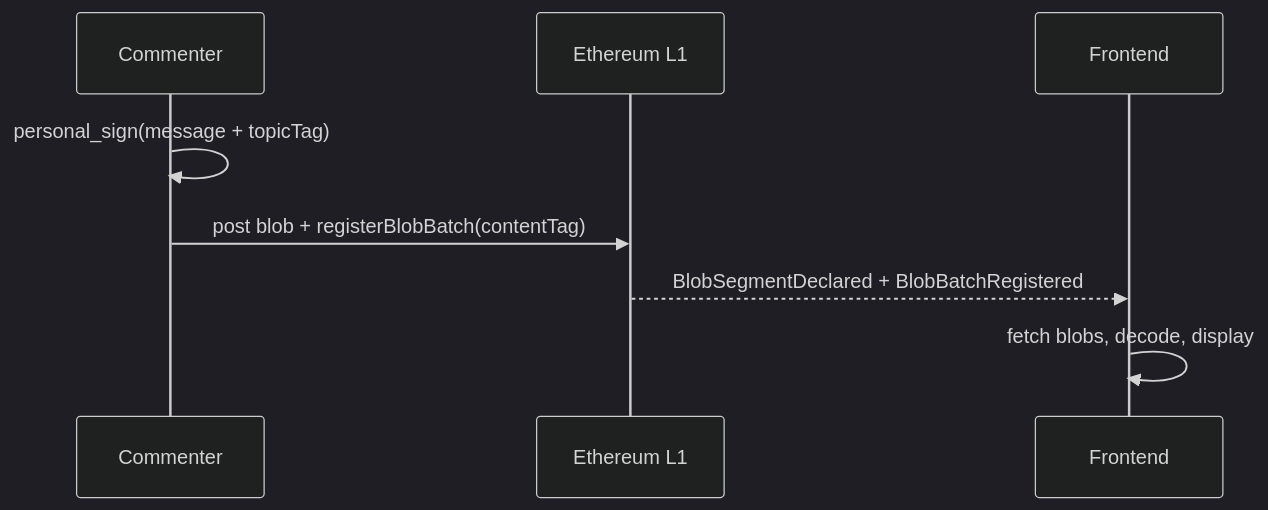
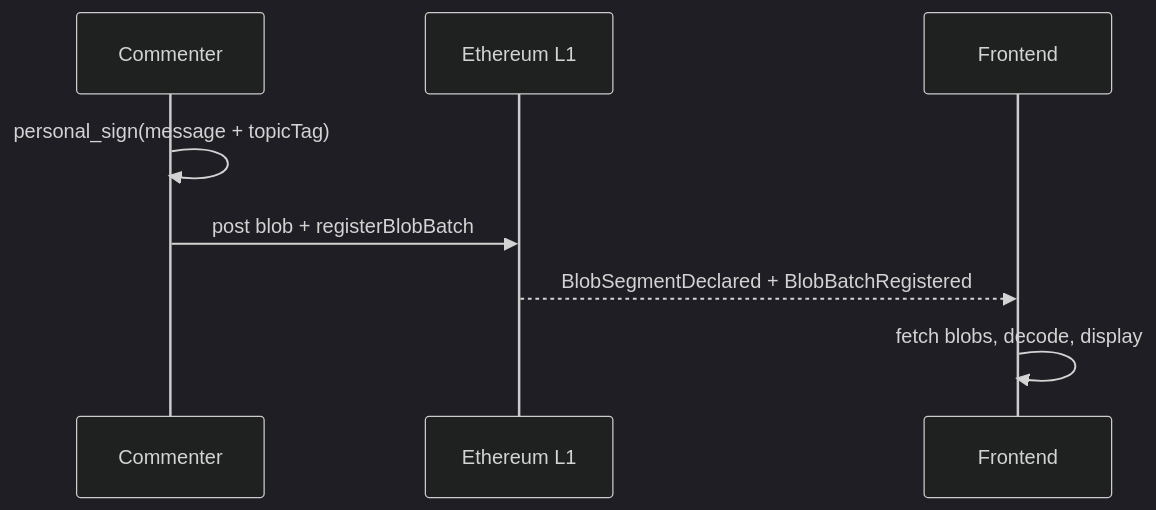
One commit to defi-wonderland/bam changed the third of 3 diagrams in docs/design/comment-section.md. Above: the diagram before and after it, drawn with Mermaid (dark theme). The commit also changed other lines of this file, not shown here.

First line of the commit message:
docs: spell out full registerBlobBatch signature in comment-section design

````diff
--- a/docs/design/comment-section.md
+++ b/docs/design/comment-section.md
@@ -45,11 +45,11 @@
 ```mermaid
 sequenceDiagram
     participant C as Commenter
     participant L1 as Ethereum L1
     participant F as Frontend
 
     C->>C: personal_sign(message + topicTag)
-    C->>L1: post blob + registerBlobBatch(contentTag)
+    C->>L1: post blob + registerBlobBatch
     L1-->>F: BlobSegmentDeclared + BlobBatchRegistered
     F->>F: fetch blobs, decode, display
 ```
````
